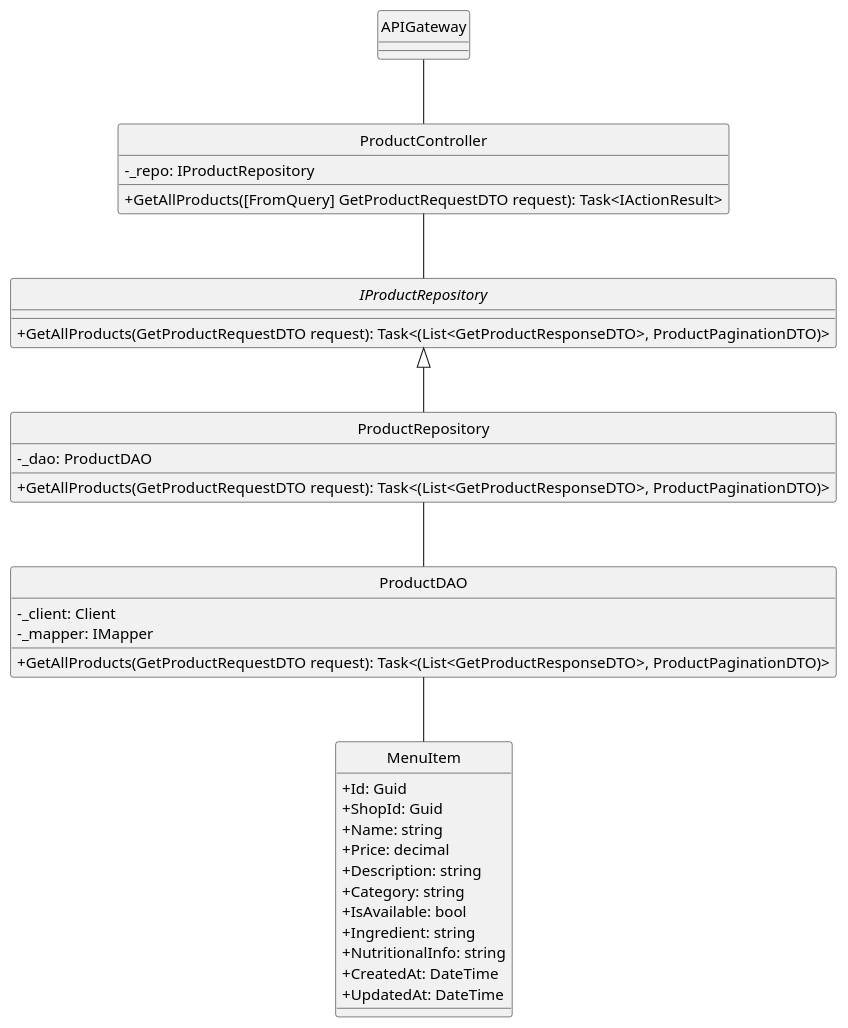
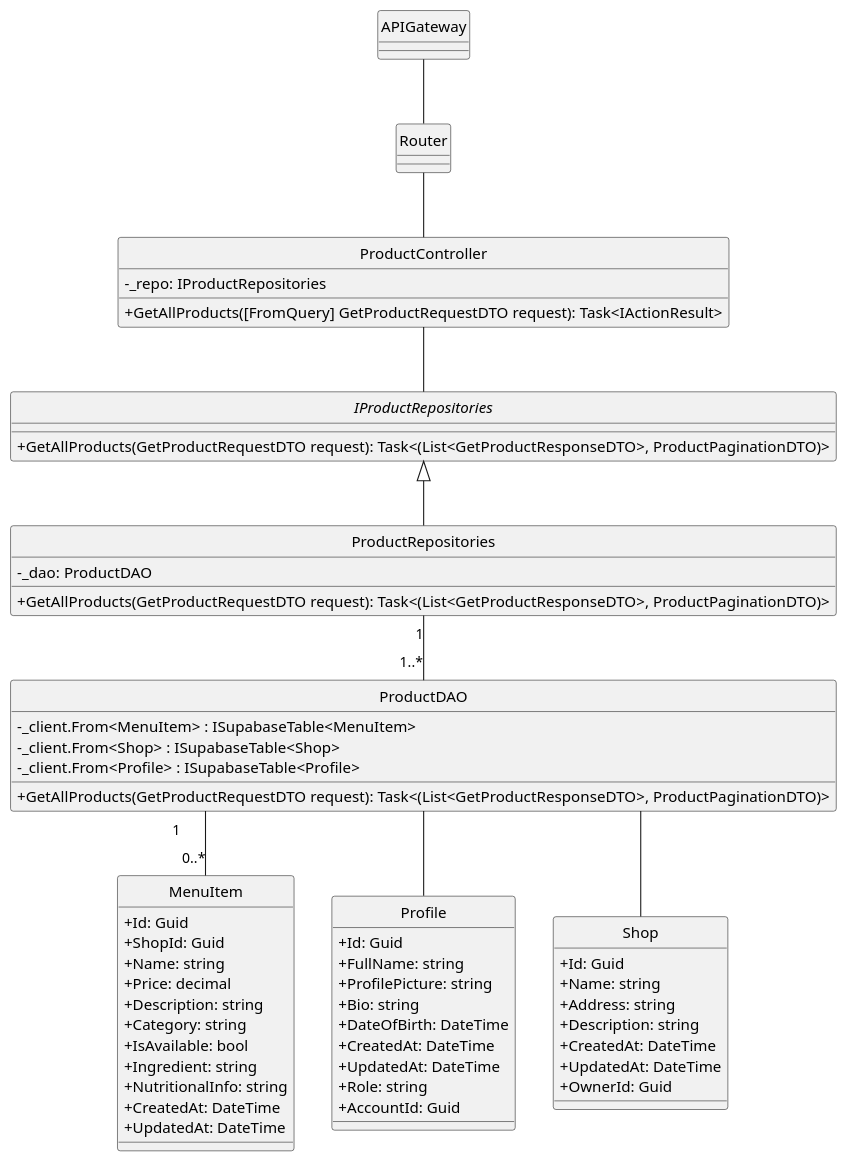
Before and after one commit to minhnhut23/FPT-OBOMS: the diagram in docs/ClassDiagram/Product/GetAllProducts.plantuml, drawn with PlantUML. The commit also changed 9 other files, not shown here.

Commit message:
Product + Shop

```diff
--- a/docs/ClassDiagram/Product/GetAllProducts.plantuml
+++ b/docs/ClassDiagram/Product/GetAllProducts.plantuml
@@ -1,56 +1,82 @@
 @startuml
 hide circle
 skinparam classAttributeIconSize 0
 skinparam linetype ortho
 
 class APIGateway {
 }
+
+class Router {
+}
+
 ' Controllers
 class ProductController {
-    - _repo: IProductRepository
+    - _repo: IProductRepositories
     + GetAllProducts([FromQuery] GetProductRequestDTO request): Task<IActionResult>
 }
 
 ' Repository Interface
-interface IProductRepository {
+interface IProductRepositories {
     + GetAllProducts(GetProductRequestDTO request): Task<(List<GetProductResponseDTO>, ProductPaginationDTO)>
 }
 
 ' Repository Implementation
-class ProductRepository {
+class ProductRepositories {
     - _dao: ProductDAO
     + GetAllProducts(GetProductRequestDTO request): Task<(List<GetProductResponseDTO>, ProductPaginationDTO)>
 }
 
 ' Data Access Object
 class ProductDAO {
-    - _client: Client
-    - _mapper: IMapper
+    - _client.From<MenuItem> : ISupabaseTable<MenuItem>
+    - _client.From<Shop> : ISupabaseTable<Shop>
+    - _client.From<Profile> : ISupabaseTable<Profile>
     + GetAllProducts(GetProductRequestDTO request): Task<(List<GetProductResponseDTO>, ProductPaginationDTO)>
 }
 
 ' Domain Model
 class MenuItem {
     + Id: Guid
     + ShopId: Guid
     + Name: string
     + Price: decimal
     + Description: string
     + Category: string
     + IsAvailable: bool
     + Ingredient: string
     + NutritionalInfo: string
     + CreatedAt: DateTime
     + UpdatedAt: DateTime
 }
 
+class Profile {
+    + Id: Guid
+    + FullName: string
+    + ProfilePicture: string
+    + Bio: string
+    + DateOfBirth: DateTime
+    + CreatedAt: DateTime
+    + UpdatedAt: DateTime
+    + Role: string
+    + AccountId: Guid
+}
 
-' Relationships
-APIGateway -- ProductController
-ProductController -- IProductRepository
+class Shop {
+    + Id: Guid
+    + Name: string
+    + Address: string
+    + Description: string
+    + CreatedAt: DateTime
+    + UpdatedAt: DateTime
+    + OwnerId: Guid
+}
 
-IProductRepository <|-- ProductRepository
-ProductRepository -- ProductDAO
-ProductDAO -- MenuItem
-
+APIGateway -- Router
+Router -- ProductController
+ProductController -- IProductRepositories 
+IProductRepositories <|-- ProductRepositories
+ProductRepositories "1"--"1..*" ProductDAO
+ProductDAO "1" -- "0..*" MenuItem
+ProductDAO -- Shop
+ProductDAO  --  Profile
 @enduml
```
